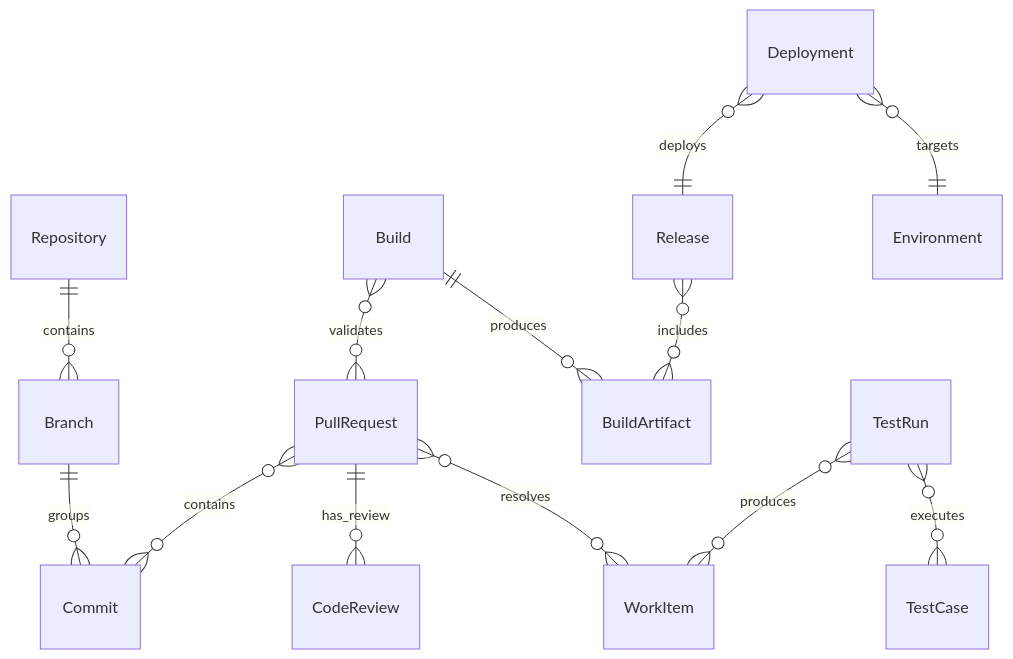
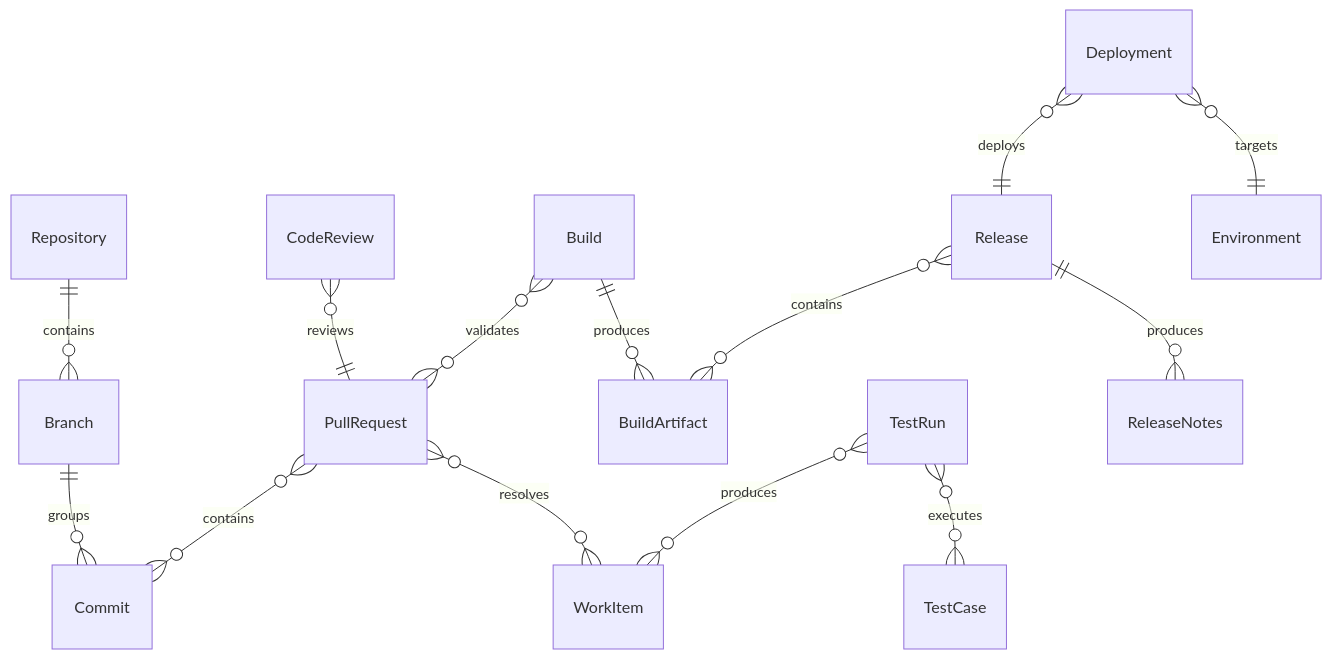
The eighth of 12 diagrams in SOFTWARE_ORGANIZATION_DOMAIN_MODEL.md (maxvydrin/vision), drawn with Mermaid before and after one commit. The commit also changed other lines of this file and 3 other files, not shown here.

````diff
--- a/SOFTWARE_ORGANIZATION_DOMAIN_MODEL.md
+++ b/SOFTWARE_ORGANIZATION_DOMAIN_MODEL.md
@@ -531,15 +566,16 @@
 ```mermaid
 erDiagram
     Repository ||--o{ Branch : "contains"
     Branch ||--o{ Commit : "groups"
     PullRequest }o--o{ Commit : "contains"
-    PullRequest ||--o{ CodeReview : "has_review"
+    CodeReview }o--|| PullRequest : "reviews"
     PullRequest }o--o{ WorkItem : "resolves"
     Build }o--o{ PullRequest : "validates"
     Build ||--o{ BuildArtifact : "produces"
     TestRun }o--o{ TestCase : "executes"
     TestRun }o--o{ WorkItem : "produces"
-    Release }o--o{ BuildArtifact : "includes"
+    Release }o--o{ BuildArtifact : "contains"
+    Release ||--o{ ReleaseNotes : "produces"
     Deployment }o--|| Release : "deploys"
     Deployment }o--|| Environment : "targets"
 ```
````
